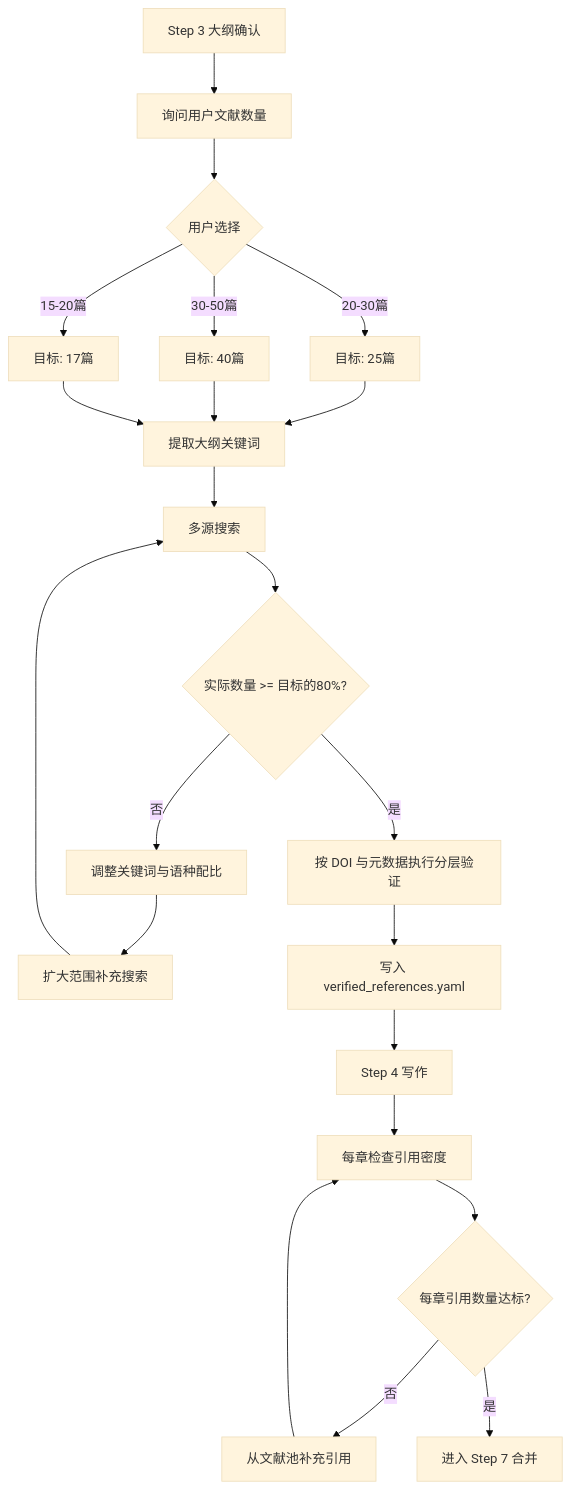
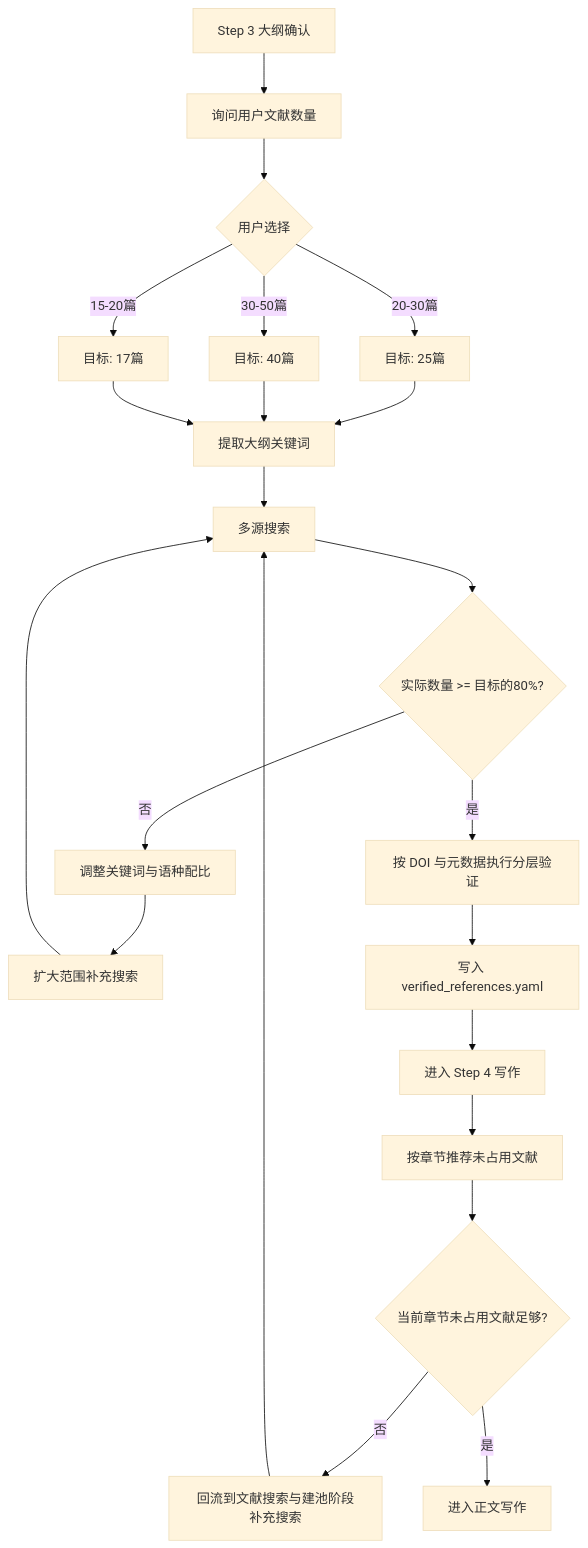
Before and after one commit to Stars-OC/thesis-creator: the diagram in workflows/reference_workflow.md, drawn with Mermaid (base theme). The commit also changed other lines of this file and 27 other files, not shown here.

````diff
--- a/workflows/reference_workflow.md
+++ b/workflows/reference_workflow.md
@@ -18,24 +20,24 @@
 ```mermaid
 flowchart TD
     A[Step 3 大纲确认] --> B[询问用户文献数量]
     B --> C{用户选择}
     C -->|20-30篇| D[目标: 25篇]
     C -->|30-50篇| E[目标: 40篇]
     C -->|15-20篇| F[目标: 17篇]
     D --> G[提取大纲关键词]
     E --> G
     F --> G
     G --> H[多源搜索]
     H --> I{实际数量 >= 目标的80%?}
     I -->|否| J[调整关键词与语种配比]
     J --> K[扩大范围补充搜索]
     K --> H
     I -->|是| L[按 DOI 与元数据执行分层验证]
     L --> M[写入 verified_references.yaml]
-    M --> N[Step 4 写作]
-    N --> O[每章检查引用密度]
-    O --> P{每章引用数量达标?}
-    P -->|否| Q[从文献池补充引用]
-    Q --> O
-    P -->|是| R[进入 Step 7 合并]
+    M --> N[进入 Step 4 写作]
+    N --> O[按章节推荐未占用文献]
+    O --> P{当前章节未占用文献足够?}
+    P -->|否| Q[回流到文献搜索与建池阶段补充搜索]
+    Q --> H
+    P -->|是| R[进入正文写作]
 ```
````
